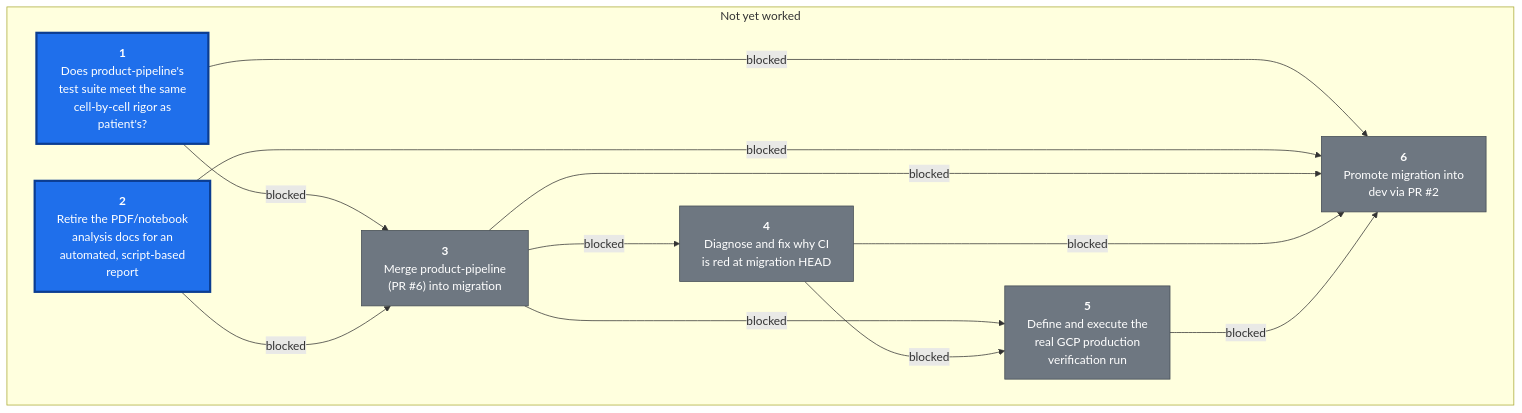
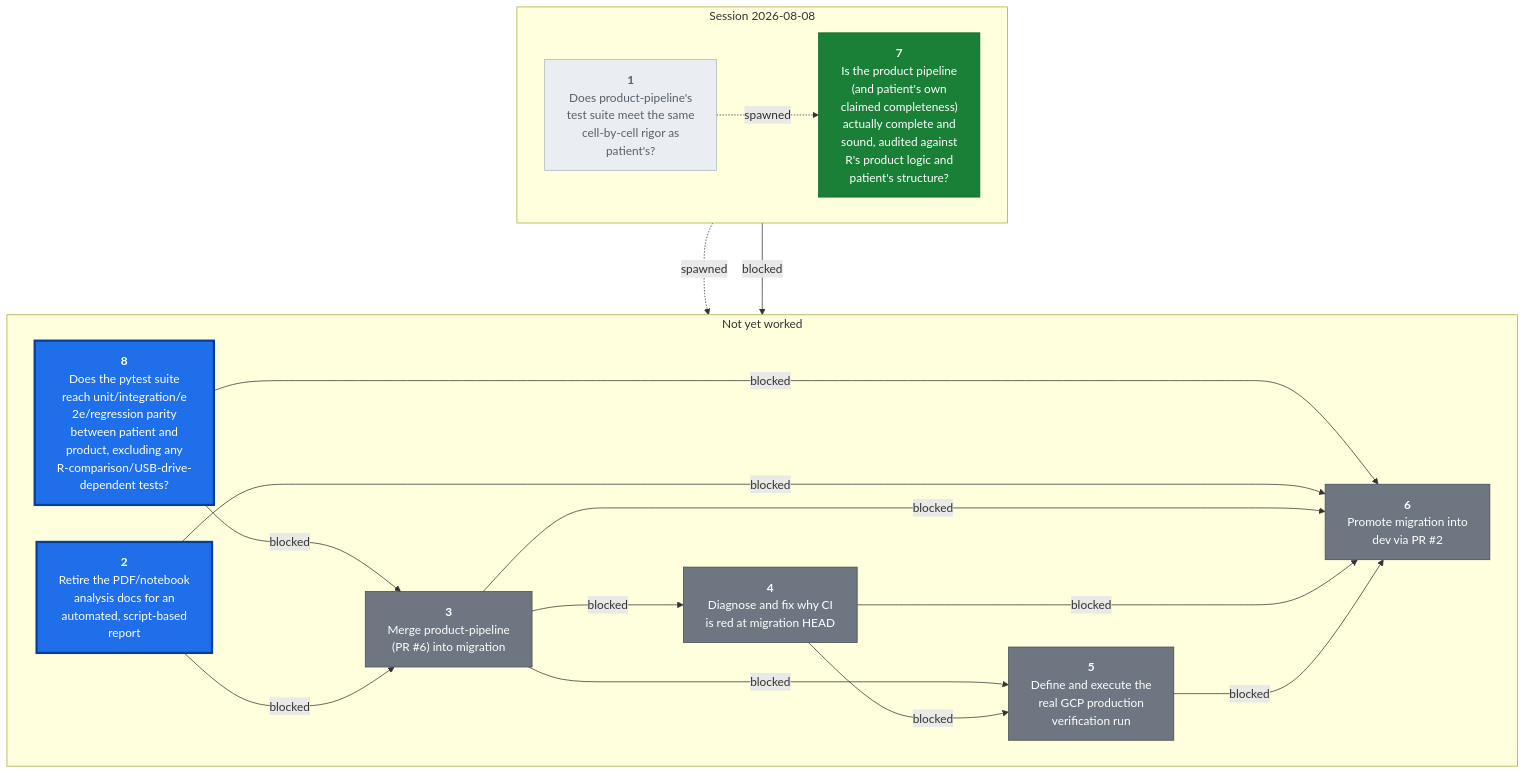
The second of 2 diagrams in docs/wayfinder/map.md (CorrelAid/a4d), drawn with Mermaid before and after one commit. The commit also changed other lines of this file and 11 other files, not shown here.

First line of the commit message:
Close wayfinder ticket 7: pipeline completeness audit

````diff
--- a/docs/wayfinder/map.md
+++ b/docs/wayfinder/map.md
@@ -148,29 +213,42 @@
 ```mermaid
 flowchart TB
+  subgraph S2026_08_08["Session 2026-08-08"]
+    direction LR
+    U1["<b>1</b><br/>Does product-pipeline's<br/>test suite meet the same<br/>cell-by-cell rigor as<br/>patient's?"]
+    U7["<b>7</b><br/>Is the product pipeline<br/>(and patient's own<br/>claimed completeness)<br/>actually complete and<br/>sound, audited against<br/>R's product logic and<br/>patient's structure?"]
+  end
   subgraph Sopen["Not yet worked"]
     direction LR
-    U1["<b>1</b><br/>Does product-pipeline's<br/>test suite meet the same<br/>cell-by-cell rigor as<br/>patient's?"]
     U2["<b>2</b><br/>Retire the PDF/notebook<br/>analysis docs for an<br/>automated, script-based<br/>report"]
     U3["<b>3</b><br/>Merge product-pipeline<br/>(PR #6) into migration"]
     U4["<b>4</b><br/>Diagnose and fix why CI<br/>is red at migration HEAD"]
     U5["<b>5</b><br/>Define and execute the<br/>real GCP production<br/>verification run"]
     U6["<b>6</b><br/>Promote migration into<br/>dev via PR #2"]
+    U8["<b>8</b><br/>Does the pytest suite<br/>reach unit/integration/e<br/>2e/regression parity<br/>between patient and<br/>product, excluding any<br/>R-comparison/USB-drive-<br/>dependent tests?"]
   end
 
+  S2026_08_08 ~~~ Sopen
 
-  U1 --->|blocked| U3
+  U8 --->|blocked| U3
   U2 --->|blocked| U3
   U3 --->|blocked| U4
   U3 --->|blocked| U5
   U4 --->|blocked| U5
-  U1 --->|blocked| U6
+  U8 --->|blocked| U6
   U2 --->|blocked| U6
   U3 --->|blocked| U6
   U4 --->|blocked| U6
   U5 --->|blocked| U6
+  U1 -.->|spawned| U7
+  U1 -.->|spawned| U8
+  U7 --->|blocked| U8
 
   classDef tfrontier fill:#1f6feb,stroke:#0b3d91,stroke-width:3px,color:#ffffff
-  class U1,U2 tfrontier
+  class U2,U8 tfrontier
   classDef tblocked fill:#6e7781,stroke:#424a53,stroke-width:1px,color:#ffffff
   class U3,U4,U5,U6 tblocked
+  classDef tdecided fill:#1a7f37,stroke:#116329,stroke-width:1px,color:#ffffff
+  class U7 tdecided
+  classDef tdropped fill:#eaeef2,stroke:#afb8c1,stroke-width:1px,color:#57606a
+  class U1 tdropped
 ```
````
